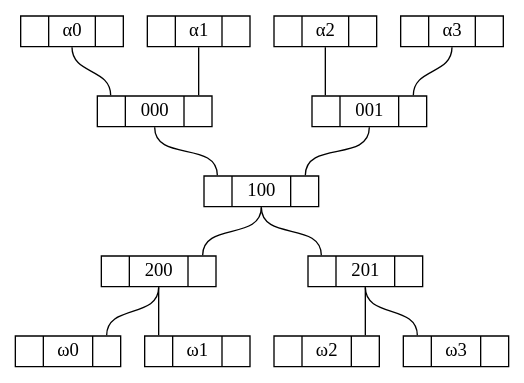
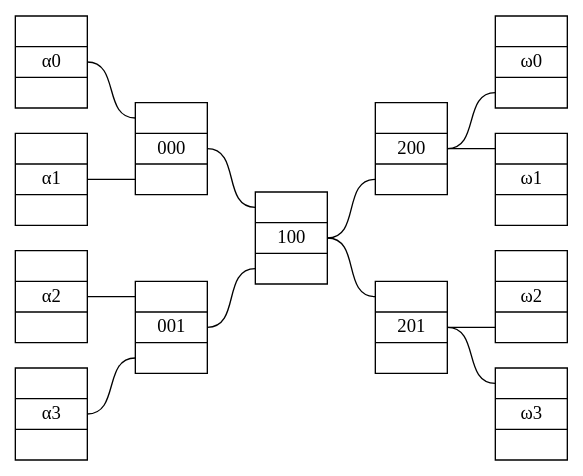
One commit to grootstebozewolf/networks changed the diagram in 4 binairy tree general.gv. Above: the diagram before and after it, drawn with Graphviz. The commit also changed 5 other files, not shown here.

```diff
--- a/4 binairy tree general.gv
+++ b/4 binairy tree general.gv
@@ -1,29 +1,30 @@
 graph "4 binairy tree general" {
+	graph [rankdir=LR]
 	node [height=.1 shape=record]
 	"α00" [label="<f0> |<f1> α0|<f2>"]
 	"α00":f1 -- 000:f0
 	"α01" [label="<f0> |<f1> α1|<f2>"]
 	"α01":f1 -- 000:f2
 	"α10" [label="<f0> |<f1> α2|<f2>"]
 	"α10":f1 -- 001:f0
 	"α11" [label="<f0> |<f1> α3|<f2>"]
 	"α11":f1 -- 001:f2
 	"ω00" [label="<f0> |<f1> ω0|<f2>"]
 	"ω01" [label="<f0> |<f1> ω1|<f2>"]
 	"ω10" [label="<f0> |<f1> ω2|<f2>"]
 	"ω11" [label="<f0> |<f1> ω3|<f2>"]
 	000 [label="<f0> |<f1> 000|<f2>"]
 	000:f1 -- 100:f0
 	001 [label="<f0> |<f1> 001|<f2>"]
 	001:f1 -- 100:f2
 	200 [label="<f0> |<f1> 200|<f2>"]
 	200:f1 -- "ω00":f2
 	200:f1 -- "ω01":f0
 	201 [label="<f0> |<f1> 201|<f2>"]
 	201:f1 -- "ω10":f2
 	201:f1 -- "ω11":f0
 	100 [label="<f0> |<f1> 100|<f2>"]
 	100 [label="<f0> |<f1> 100|<f2>"]
 	100:f1 -- 200:f2
 	100:f1 -- 201:f0
 }
```
